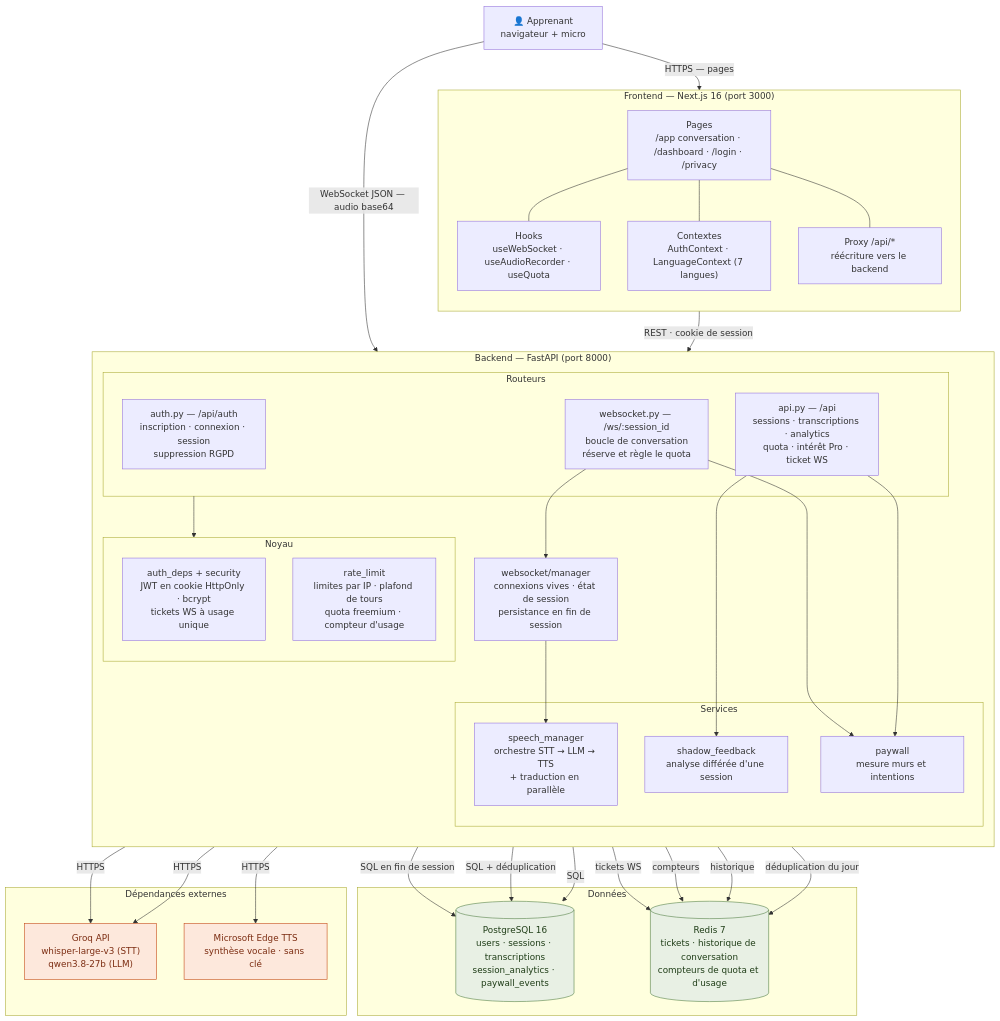
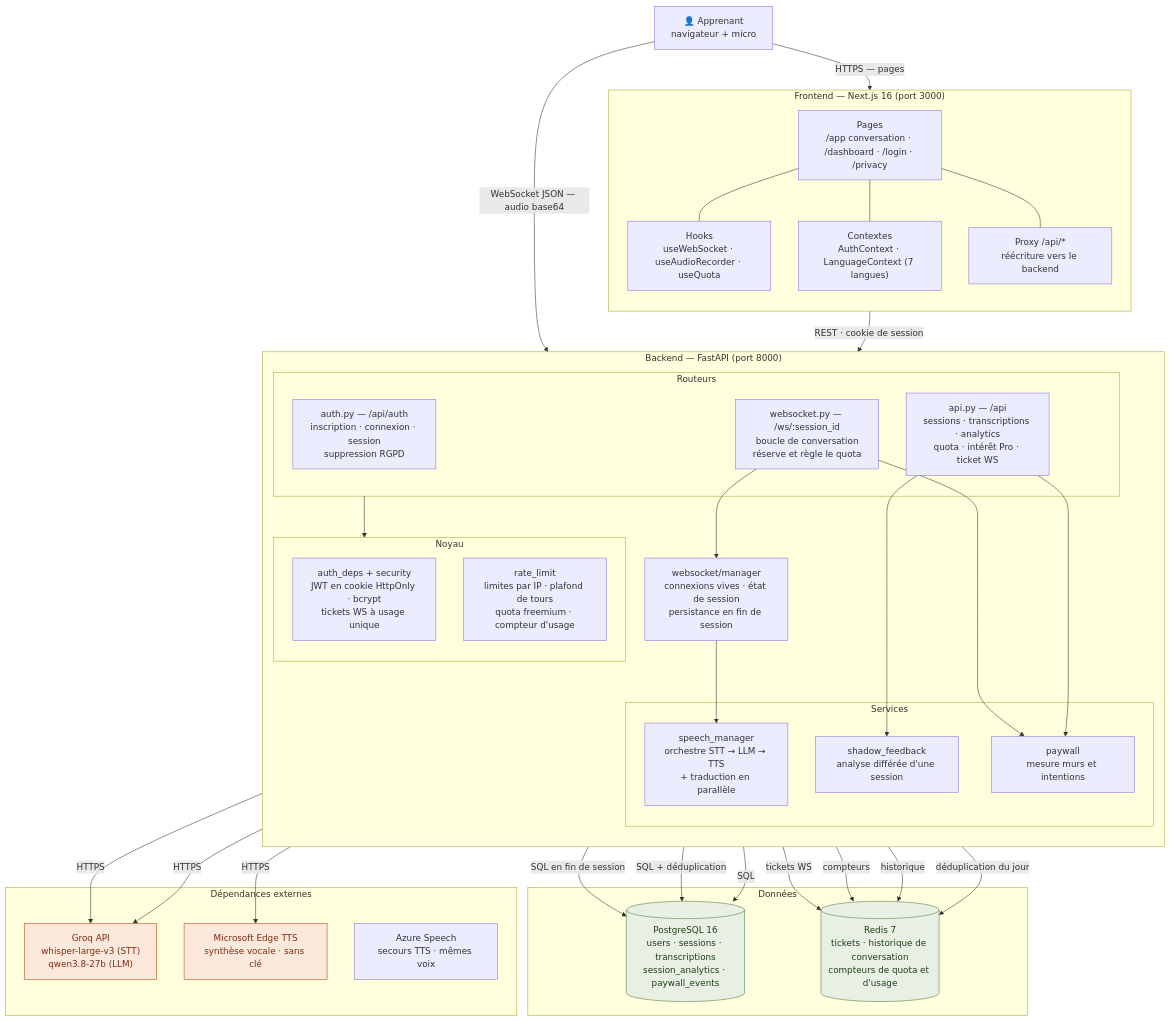
Before and after one commit to sa3dev/takalam: the first of 2 diagrams in ARCHITECTURE.md, drawn with Mermaid. The commit also changed other lines of this file and 7 other files, not shown here.

````diff
--- a/ARCHITECTURE.md
+++ b/ARCHITECTURE.md
@@ -8,75 +8,76 @@
 ```mermaid
 flowchart TB
     User["👤 Apprenant<br/>navigateur + micro"]
 
     subgraph Front["Frontend — Next.js 16 (port 3000)"]
         direction TB
         Pages["Pages<br/>/app conversation · /dashboard · /login · /privacy"]
         Hooks["Hooks<br/>useWebSocket · useAudioRecorder · useQuota"]
         Ctx["Contextes<br/>AuthContext · LanguageContext (7 langues)"]
         Proxy["Proxy /api/*<br/>réécriture vers le backend"]
         Pages --- Hooks
         Pages --- Ctx
         Pages --- Proxy
     end
 
     subgraph Back["Backend — FastAPI (port 8000)"]
         direction TB
 
         subgraph Routes["Routeurs"]
             AuthR["auth.py — /api/auth<br/>inscription · connexion · session<br/>suppression RGPD"]
             ApiR["api.py — /api<br/>sessions · transcriptions · analytics<br/>quota · intérêt Pro · ticket WS"]
             WsR["websocket.py — /ws/:session_id<br/>boucle de conversation<br/>réserve et règle le quota"]
         end
 
         subgraph Core["Noyau"]
             Auth["auth_deps + security<br/>JWT en cookie HttpOnly · bcrypt<br/>tickets WS à usage unique"]
             RL["rate_limit<br/>limites par IP · plafond de tours<br/>quota freemium · compteur d'usage"]
         end
 
         subgraph Svc["Services"]
             Speech["speech_manager<br/>orchestre STT → LLM → TTS<br/>+ traduction en parallèle"]
             Shadow["shadow_feedback<br/>analyse différée d'une session"]
             Pay["paywall<br/>mesure murs et intentions"]
         end
 
         WsMgr["websocket/manager<br/>connexions vives · état de session<br/>persistance en fin de session"]
 
         Routes --> Core
         WsR --> WsMgr
         WsMgr --> Speech
         ApiR --> Shadow
         WsR --> Pay
         ApiR --> Pay
     end
 
     subgraph Data["Données"]
         PG[("PostgreSQL 16<br/>users · sessions · transcriptions<br/>session_analytics · paywall_events")]
         RD[("Redis 7<br/>tickets · historique de conversation<br/>compteurs de quota et d'usage")]
     end
 
     subgraph Ext["Dépendances externes"]
         Groq["Groq API<br/>whisper-large-v3 (STT)<br/>qwen3.8-27b (LLM)"]
         Edge["Microsoft Edge TTS<br/>synthèse vocale · sans clé"]
+        Azure["Azure Speech<br/>secours TTS · mêmes voix"]
     end
 
     User -->|"HTTPS — pages"| Pages
     User -->|"WebSocket JSON — audio base64"| WsR
     Proxy -->|"REST · cookie de session"| Routes
 
     Auth -->|"tickets WS"| RD
     RL -->|"compteurs"| RD
     Routes -->|"SQL"| PG
     WsMgr -->|"historique"| RD
     WsMgr -->|"SQL en fin de session"| PG
     Pay -->|"SQL + déduplication"| PG
     Pay -->|"déduplication du jour"| RD
     Shadow -->|"HTTPS"| Groq
     Speech -->|"HTTPS"| Groq
     Speech -->|"HTTPS"| Edge
 
     classDef ext fill:#fde8dc,stroke:#c2410c,color:#7c2d12
     classDef store fill:#e8f0e4,stroke:#4d7c3f,color:#1f3d17
     class Groq,Edge ext
     class PG,RD store
 ```
````
